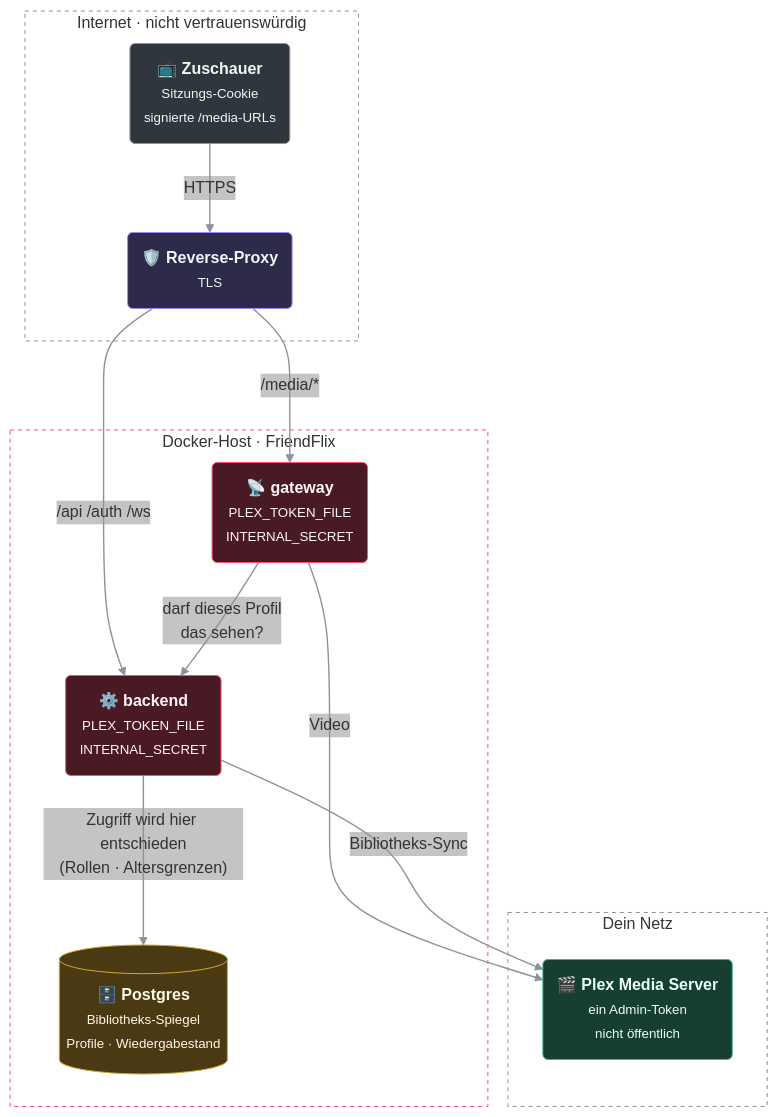
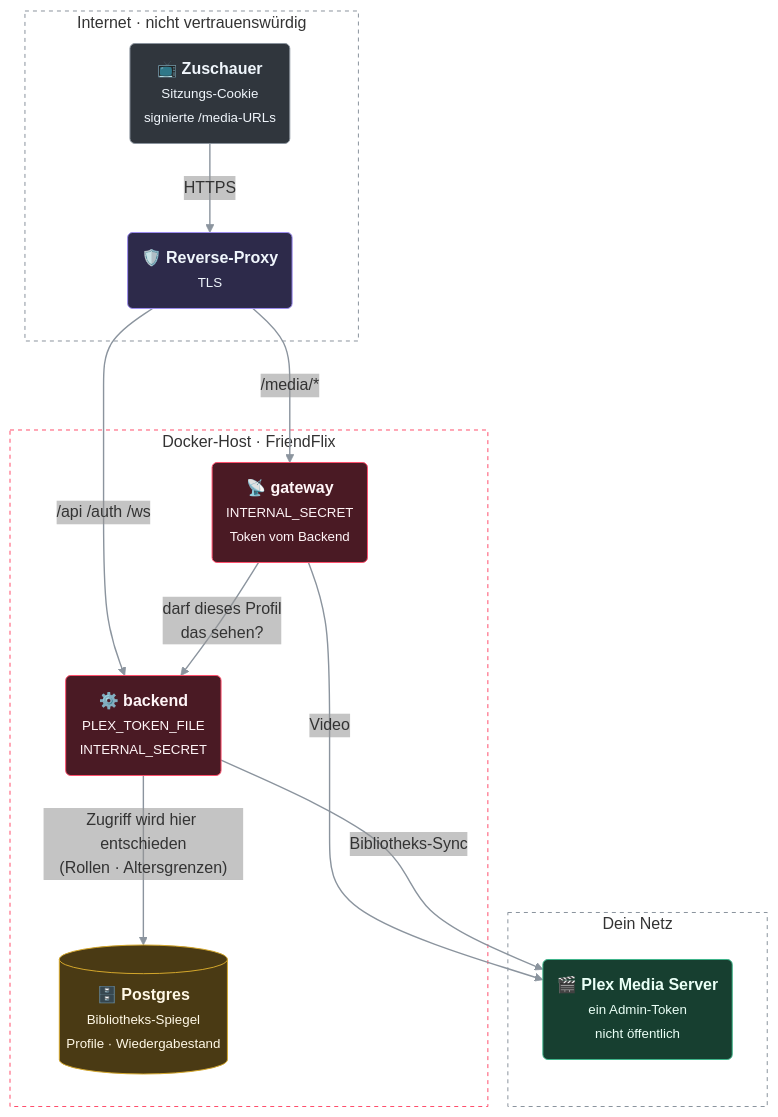
Before and after one commit to LetsManu/friendflix-plex: the first of 2 diagrams in docs/de/plex.md, drawn with Mermaid. The commit also changed other lines of this file and 5 other files, not shown here.

First line of the commit message:
docs(plex): gateway gets the token from the backend everywhere; refresh interval, re-auth, DE quote, setup.md notes

````diff
--- a/docs/de/plex.md
+++ b/docs/de/plex.md
@@ -19,46 +19,46 @@
 ```mermaid
 ---
 config:
   flowchart:
     curve: basis
     nodeSpacing: 50
     rankSpacing: 65
     padding: 14
   themeVariables:
     edgeLabelBackground: 'rgba(150,150,150,0.12)'
   themeCSS: '.labelBkg { background-color: rgba(127,127,127,0.12) !important; }'
 ---
 flowchart TB
   accTitle: FriendFlix for Plex Vertrauensgrenzen
-  accDescr: Zuschauer im Internet halten nur ein Sitzungs-Cookie und signierte Medien-URLs. Das Plex-Admin-Token liegt nur in der Umgebung von Backend und Gateway auf dem Docker-Host. Das Backend entscheidet den Zugriff aus seinem Postgres-Spiegel der Plex-Bibliothek; das Gateway fragt es vor jeder Medienanfrage. Plex steht in deinem Netz und ist für Browser nie erreichbar.
+  accDescr: Zuschauer im Internet halten nur ein Sitzungs-Cookie und signierte Medien-URLs. Das Plex-Admin-Token liegt nur im Backend (Datenbank, verschlüsselt, oder dessen Umgebung); das Gateway bekommt es vom Backend über das interne Netz und hält es nur im Speicher. Das Backend entscheidet den Zugriff aus seinem Postgres-Spiegel der Plex-Bibliothek; das Gateway fragt es vor jeder Medienanfrage. Plex steht in deinem Netz und ist für Browser nie erreichbar.
   subgraph PUB["Internet · nicht vertrauenswürdig"]
     V("📺 <b>Zuschauer</b><br/><small>Sitzungs-Cookie<br/>signierte /media-URLs</small>"):::ext
     P("🛡️ <b>Reverse-Proxy</b><br/><small>TLS</small>"):::edge
   end
   subgraph HOST["Docker-Host · FriendFlix"]
-    GW("📡 <b>gateway</b><br/><small>PLEX_TOKEN_FILE<br/>INTERNAL_SECRET</small>"):::app
+    GW("📡 <b>gateway</b><br/><small>INTERNAL_SECRET<br/>Token vom Backend</small>"):::app
     BE("⚙️ <b>backend</b><br/><small>PLEX_TOKEN_FILE<br/>INTERNAL_SECRET</small>"):::app
     PG[("🗄️ <b>Postgres</b><br/><small>Bibliotheks-Spiegel<br/>Profile · Wiedergabestand</small>")]:::store
   end
   subgraph LAN["Dein Netz"]
     PX("🎬 <b>Plex Media Server</b><br/><small>ein Admin-Token<br/>nicht öffentlich</small>"):::media
   end
   V -->|"HTTPS"| P
   P -->|"/media/*"| GW
   P -->|"/api /auth /ws"| BE
   GW -->|"darf dieses Profil<br/>das sehen?"| BE
   BE -->|"Zugriff wird hier entschieden<br/>(Rollen · Altersgrenzen)"| PG
   GW ==>|"Video"| PX
   BE -->|"Bibliotheks-Sync"| PX
   classDef ext fill:#30363d,stroke:#8b949e,stroke-width:1px,color:#f0f6fc
   classDef edge fill:#2d2a4a,stroke:#9d8cf0,stroke-width:1px,color:#f0f6fc
   classDef app fill:#4a1a24,stroke:#ff4f6d,stroke-width:1px,color:#fff5f7
   classDef store fill:#4a3a14,stroke:#d4a72c,stroke-width:1px,color:#fff8e6
   classDef media fill:#173f30,stroke:#3fb68b,stroke-width:1px,color:#eafff6
   classDef svc fill:#163e4c,stroke:#56b6d6,stroke-width:1px,color:#eaf9ff
   classDef fork fill:#4a1d3c,stroke:#e070b0,stroke-width:1px,stroke-dasharray:4 3,color:#fff0f8
   linkStyle default stroke:#8b949e,stroke-width:1.4px
   style PUB fill:none,stroke:#8b949e,stroke-width:1px,stroke-dasharray:4 4
   style LAN fill:none,stroke:#8b949e,stroke-width:1px,stroke-dasharray:4 4
   style HOST fill:none,stroke:#ff4f6d,stroke-width:1px,stroke-dasharray:4 4
 ```
````
